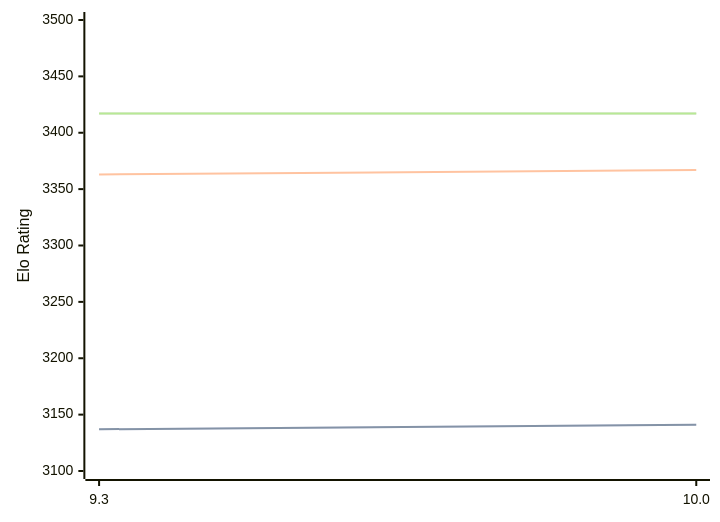
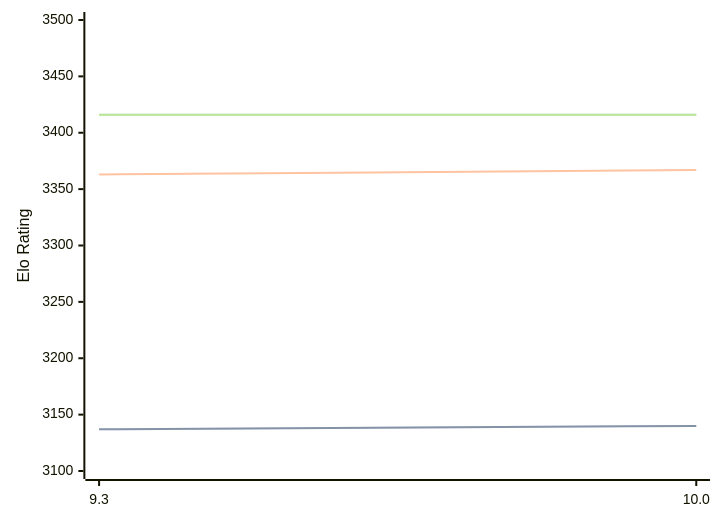
Before and after one commit to computer-chess-index/cci: the first of 3 diagrams in engines/Fire.md, drawn with Mermaid. The commit also changed other lines of this file, not shown here.

Commit message:
Update CCI Ratings (ELO VLTC) - 2026-07-15

````diff
--- a/engines/Fire.md
+++ b/engines/Fire.md
@@ -47,11 +47,11 @@
 ```mermaid
 %%{init: {"theme":"base","themeVariables":{"seriesColors:['#a3a3a3','#222221','#faa371']}}}%%
 xychart-beta
   x-axis ["9.3", "10.0"]
   y-axis "Elo Rating" 3100 --> 3500
-  line "STC (8.0+0.08s)" [3137, 3141]
-  line "STC (8.0+0.08s)" [3137, 3141]
+  line "STC (8.0+0.08s)" [3137, 3140]
+  line "STC (8.0+0.08s)" [3137, 3140]
   line "LTC (60.0+0.60s)" [3363, 3367]
-  line "VLTC (2m24s+1.12s)" [3417, 3417]
-  line "VLTC (2m24s+1.12s)" [3417, 3417]
+  line "VLTC (2m24s+1.12s)" [3416, 3416]
+  line "VLTC (2m24s+1.12s)" [3416, 3416]
 ```
````
